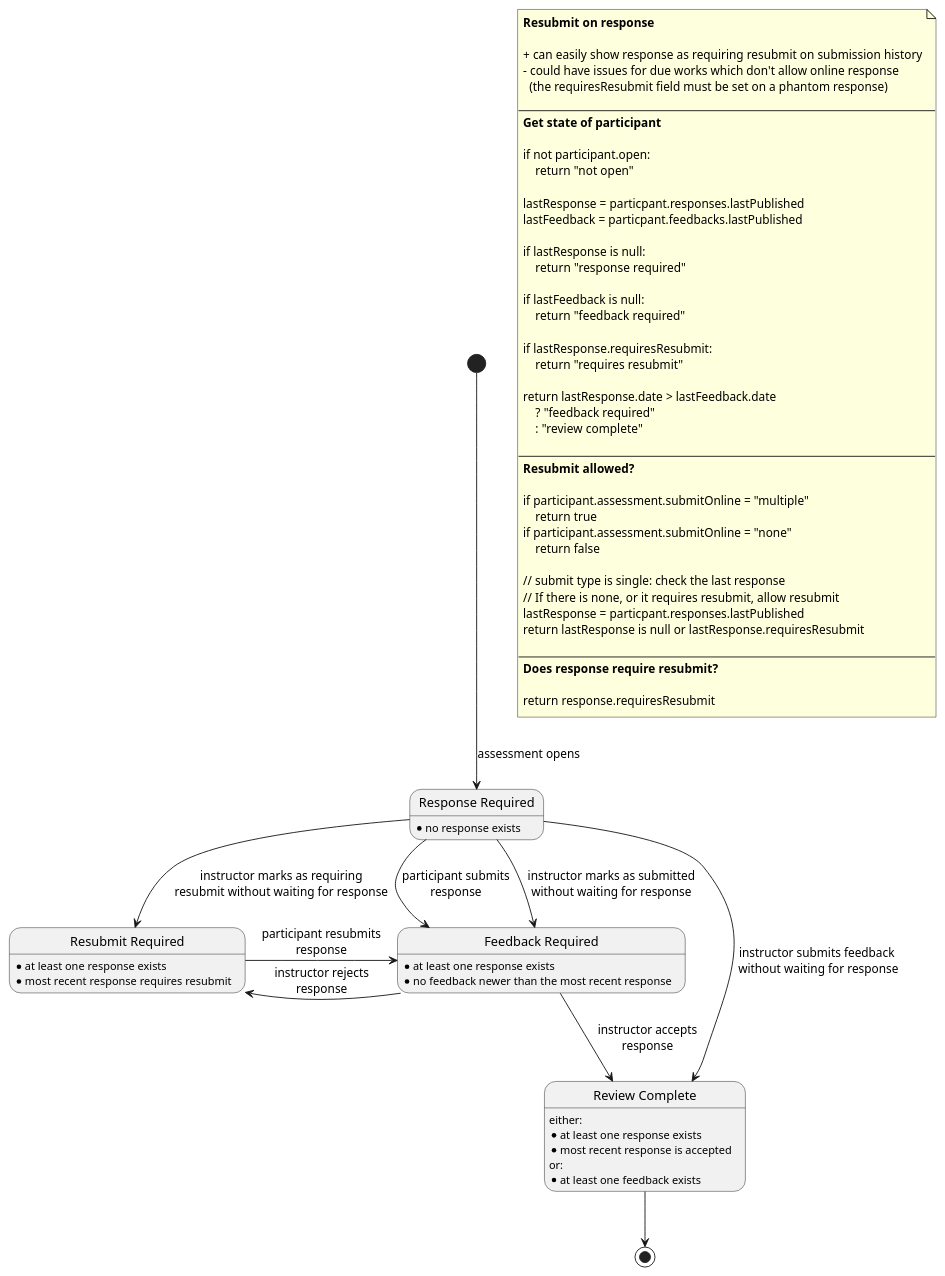
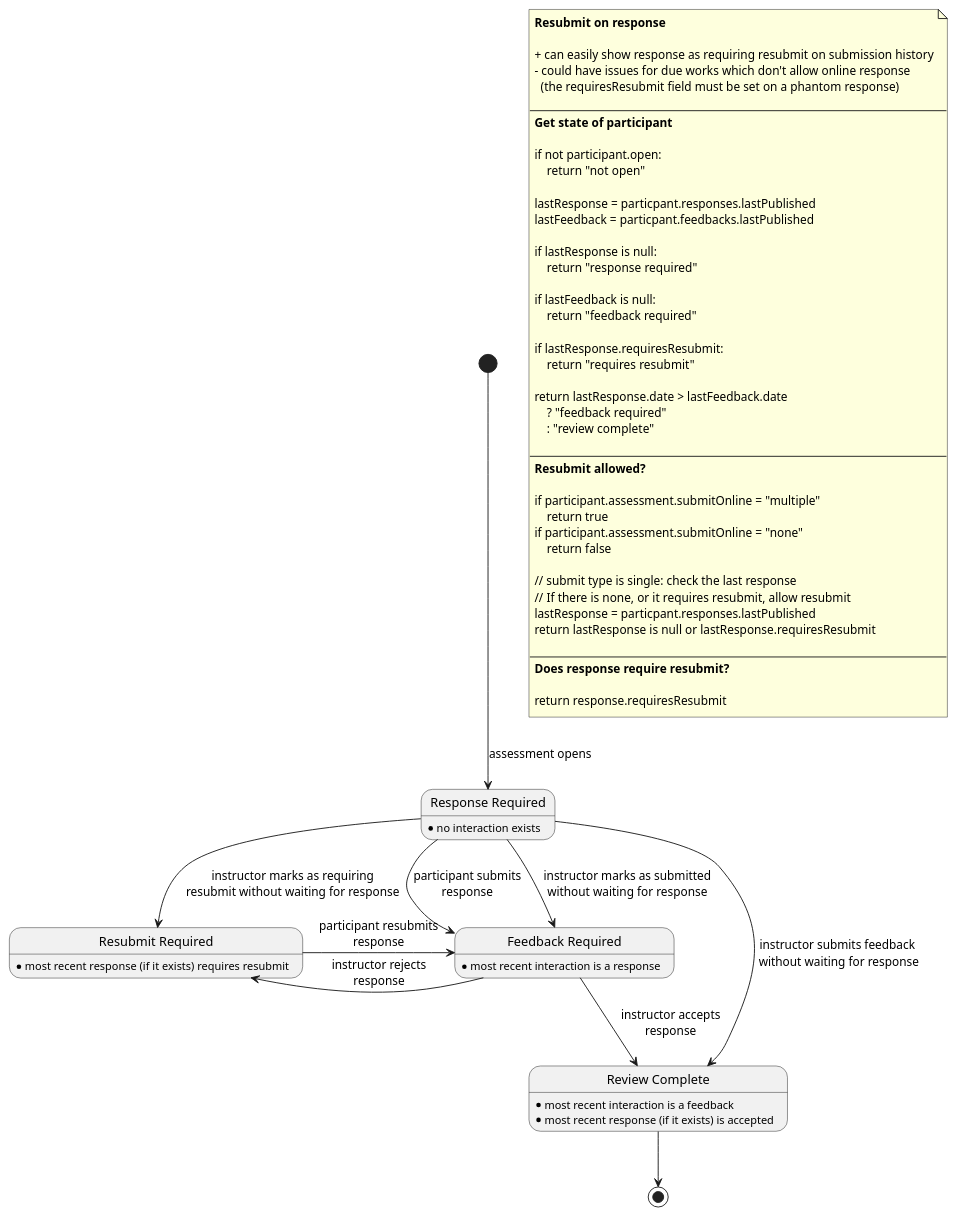
Before and after one commit to juliaattrevisan/schoolbox-api-docs: the diagram in library/Schoolbox/Learning/Assessment/DueWork/resubmit-on-response.plantuml, drawn with PlantUML. The commit also changed 1 other file, not shown here.

Commit message:
Simplify state conditions, using "interaction" terminology [SA-9500]
Interactions are the union of a participation's responses and feedbacks.

```diff
--- a/library/Schoolbox/Learning/Assessment/DueWork/resubmit-on-response.plantuml
+++ b/library/Schoolbox/Learning/Assessment/DueWork/resubmit-on-response.plantuml
@@ -1,83 +1,78 @@
 @startuml
 
 note as n1
     <b>Resubmit on response</b>
 
     + can easily show response as requiring resubmit on submission history
     - could have issues for due works which don't allow online response
       (the requiresResubmit field must be set on a phantom response)
 
     ----
     <b>Get state of participant</b>
 
     if not participant.open:
         return "not open"
 
     lastResponse = particpant.responses.lastPublished
     lastFeedback = particpant.feedbacks.lastPublished
 
     if lastResponse is null:
         return "response required"
 
     if lastFeedback is null:
         return "feedback required"
 
     if lastResponse.requiresResubmit:
         return "requires resubmit"
 
     return lastResponse.date > lastFeedback.date
         ? "feedback required"
         : "review complete"
 
     ----
     <b>Resubmit allowed?</b>
 
     if participant.assessment.submitOnline = "multiple"
         return true
     if participant.assessment.submitOnline = "none"
         return false
 
     // submit type is single: check the last response
     // If there is none, or it requires resubmit, allow resubmit
     lastResponse = particpant.responses.lastPublished
     return lastResponse is null or lastResponse.requiresResubmit
 
     ----
     <b>Does response require resubmit?</b>
 
     return response.requiresResubmit
 end note
 
 state "Response Required" as RR
 RR : \
-* no response exists
+* no interaction exists
 
 state "Feedback Required" as FR
 FR : \
-* at least one response exists\n\
-* no feedback newer than the most recent response
+* most recent interaction is a response
 
 state "Review Complete" as RC
 RC : \
-either:\n\
-* at least one response exists\n\
-* most recent response is accepted\n\
-or:\n\
-* at least one feedback exists
+* most recent interaction is a feedback\n\
+* most recent response (if it exists) is accepted
 
 state "Resubmit Required" as RS
 RS : \
-* at least one response exists\n\
-* most recent response requires resubmit
+* most recent response (if it exists) requires resubmit
 
 [*] --> RR : assessment opens
 RR --> FR  : participant submits\nresponse
 RR --> FR  : instructor marks as submitted\nwithout waiting for response
 RR --> RC  : instructor submits feedback\n without waiting for response
 RR --> RS  : instructor marks as requiring\nresubmit without waiting for response
 FR --> RC  : instructor accepts\nresponse
 FR -left-> RS : instructor rejects\nresponse
 RS -right-> FR  : participant resubmits\nresponse
 RC --> [*]
 
 @enduml
```
